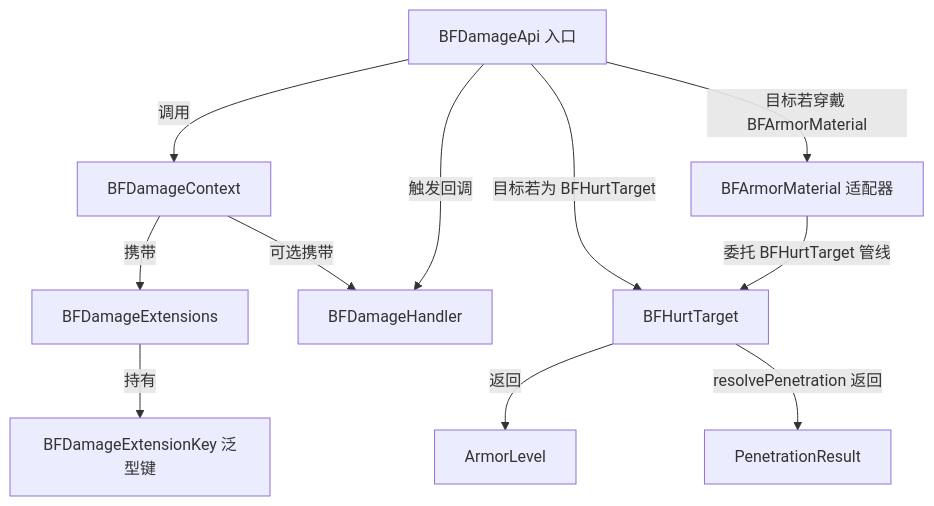
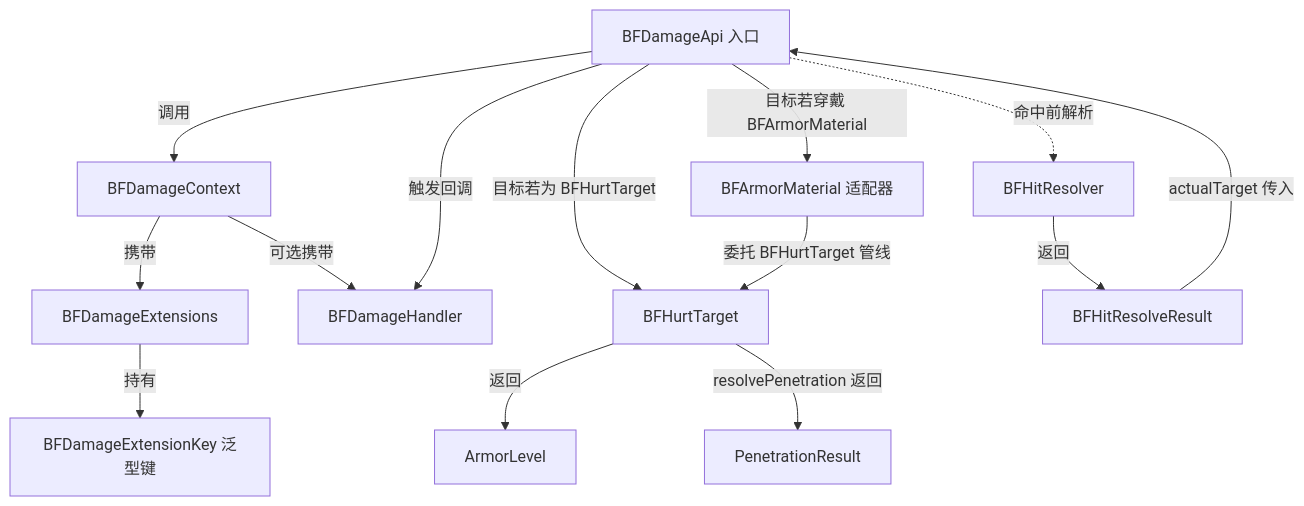
One commit to Sweetzonzi/BallisticsFramework changed the diagram in docs/wiki/1-快速上手/1.5-核心API速览.md. Above: the diagram before and after it, drawn with Mermaid. The commit also changed other lines of this file and 13 other files, not shown here.

````diff
--- a/docs/wiki/1-快速上手/1.5-核心API速览.md
+++ b/docs/wiki/1-快速上手/1.5-核心API速览.md
@@ -137,13 +141,16 @@
 ```mermaid
 graph TD
     A[BFDamageApi 入口] -->|调用| B[BFDamageContext]
     B -->|携带| C[BFDamageExtensions]
     B -->|可选携带| D[BFDamageHandler]
     C -->|持有| E[BFDamageExtensionKey 泛型键]
     A -->|目标若穿戴 BFArmorMaterial| I[BFArmorMaterial 适配器]
     A -->|目标若为 BFHurtTarget| F[BFHurtTarget]
     F -->|返回| G[ArmorLevel]
     F -->|resolvePenetration 返回| H[PenetrationResult]
     I -->|委托 BFHurtTarget 管线| F
     A -->|触发回调| D
+    A -.->|命中前解析| J[BFHitResolver]
+    J -->|返回| K[BFHitResolveResult]
+    K -->|actualTarget 传入| A
 ```
````
